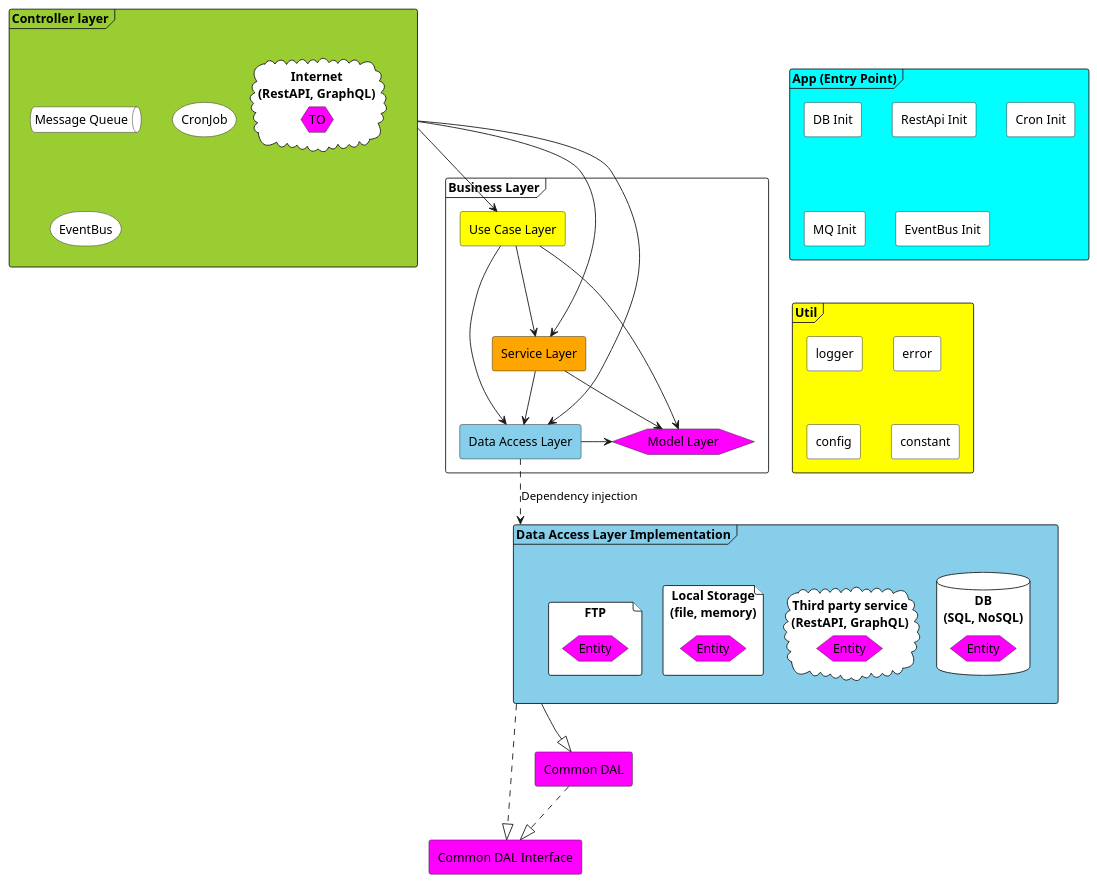
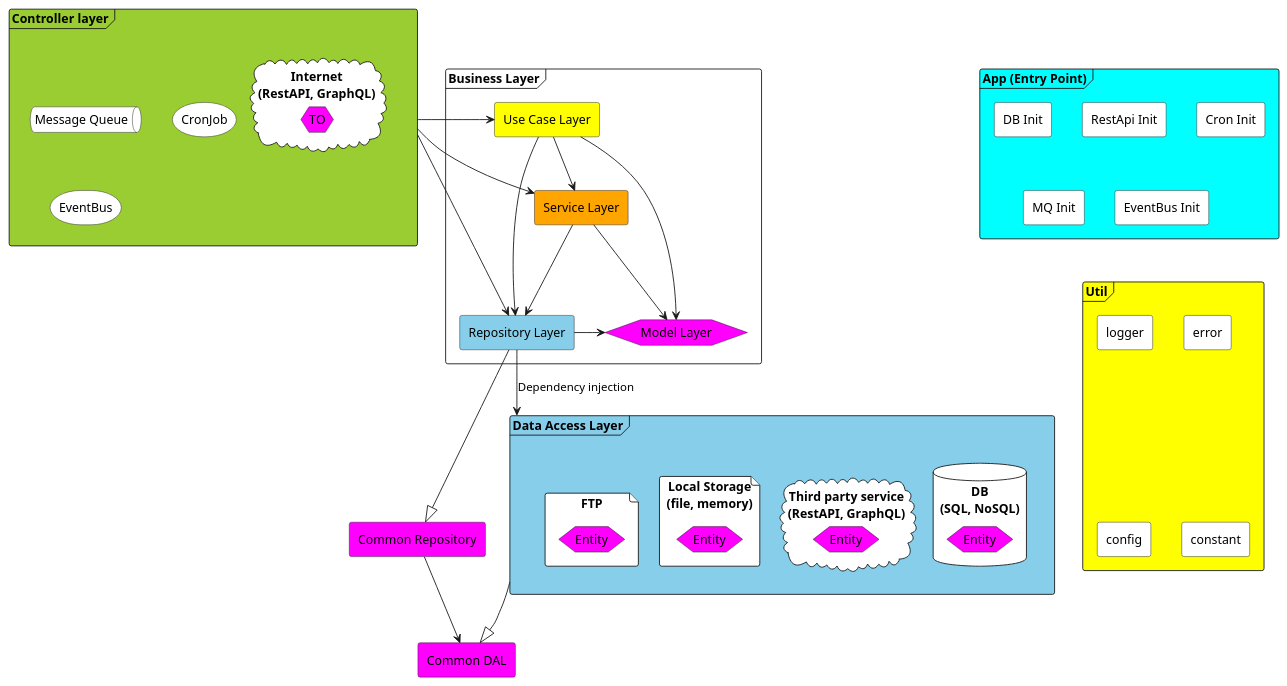
Before and after one commit to milosbugarinovic/blog: the diagram in draft/programming-architecture/architecture-overview.puml, drawn with PlantUML. The commit also changed 6 other files, not shown here.

Commit message:
docs: update layers naming in architecture

```diff
--- a/draft/programming-architecture/architecture-overview.puml
+++ b/draft/programming-architecture/architecture-overview.puml
@@ -1,80 +1,80 @@
 @startuml
 
 
 frame "App (Entry Point)" as app #cyan {
   rectangle "DB Init" #white
   rectangle "RestApi Init" #white
   rectangle "Cron Init" #white
   rectangle "MQ Init" #white
   rectangle "EventBus Init" #white
 }
 
 
 frame "Controller layer" as controllerLayer #yellowgreen {
   cloud "Internet\n(RestAPI, GraphQL)" as internet #white {
     hexagon "TO" as cloudTO #fuchsia
   }
   queue "Message Queue" as messageQueue #white
   storage "CronJob" as croneJob #white
   storage "EventBus" as eventBus #white
 }
 
-rectangle "Common DAL Interface" as commonDalInterface #fuchsia
 rectangle "Common DAL" as commonDal #fuchsia
+rectangle "Common Repository" as commonRepo #fuchsia
 
 frame "Business Layer" as businessLayer {
   rectangle "Use Case Layer" as useCaseLayer #yellow
   rectangle "Service Layer" as serviceLayer #orange
   hexagon "Model Layer" as modelLayer #fuchsia
-  rectangle "Data Access Layer" as dataAccessLayer  #skyblue
+  rectangle "Repository Layer" as repoLayer  #skyblue
 }
 
-frame "Data Access Layer Implementation" as dalImpl #skyblue {
+frame "Data Access Layer" as dal #skyblue {
   database "DB\n(SQL, NoSQL)" as db #white {
     hexagon "Entity" as dbEntity #fuchsia
   }
   cloud "Third party service\n(RestAPI, GraphQL)" as thirdPartiService #white {
     hexagon "Entity" as cloudEntity #fuchsia
   }
   file "Local Storage\n(file, memory)" as localStorage #white {
     hexagon "Entity" as lsEntity #fuchsia
   }
   file "FTP" as ftp #white {
     hexagon "Entity" as ftpEntity #fuchsia
   }
 }
 
 
 frame "Util" as util #yellow {
   rectangle "logger" #white
   rectangle "error" #white
   rectangle "config" #white
   rectangle "constant" #white
 }
 
 ' rectangle "Module Layer" as moduleLayer
 
 ' ' ' ' ' ' '
 ' Relations '
 ' ' ' ' ' ' '
 
-controllerLayer -down-> dataAccessLayer
-controllerLayer -down-> serviceLayer
-controllerLayer -down-> useCaseLayer
+controllerLayer -right-> repoLayer
+controllerLayer -right-> serviceLayer
+controllerLayer -right-> useCaseLayer
 
-dalImpl .down.|> commonDalInterface
-dalImpl -down-|> commonDal
+dal -down-|> commonDal
+repoLayer -down-|> commonRepo
 
-commonDal .down.|> commonDalInterface
+commonRepo -down-> commonDal
 
 useCaseLayer -down-> serviceLayer
 useCaseLayer -right-> modelLayer
-useCaseLayer -down-> dataAccessLayer
+useCaseLayer -down-> repoLayer
 
 serviceLayer -right-> modelLayer
-serviceLayer -down-> dataAccessLayer
+serviceLayer -down-> repoLayer
 
-dataAccessLayer -right-> modelLayer
-dataAccessLayer .down.> dalImpl : Dependency injection
+repoLayer -right-> modelLayer
+repoLayer -down-> dal : Dependency injection
 
 @enduml
```
